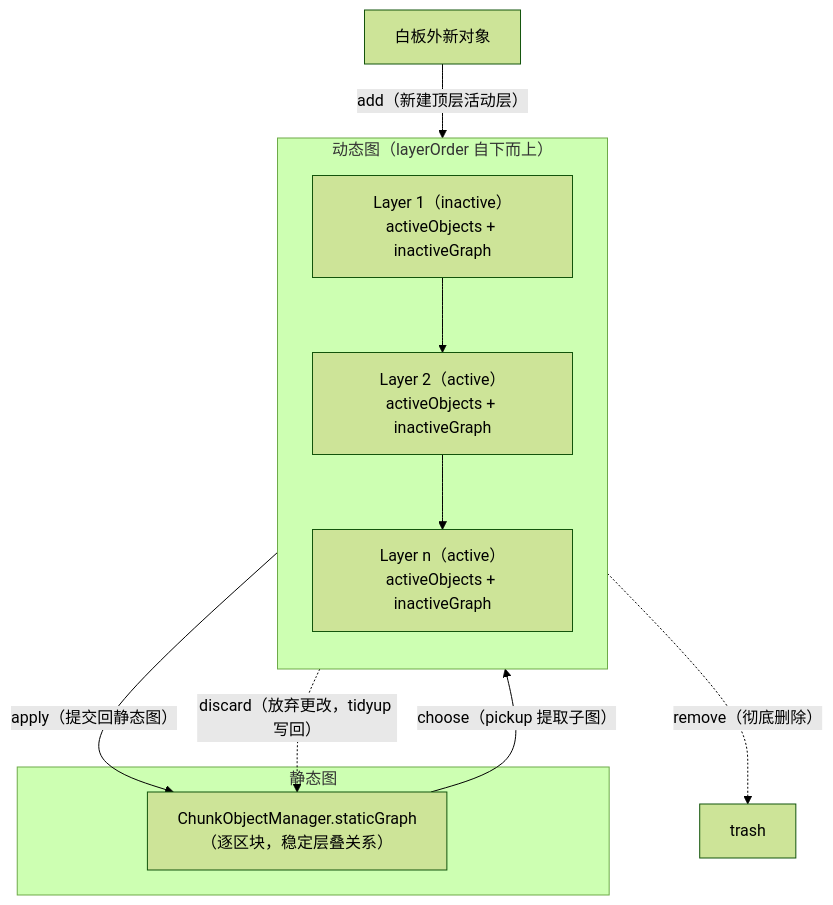
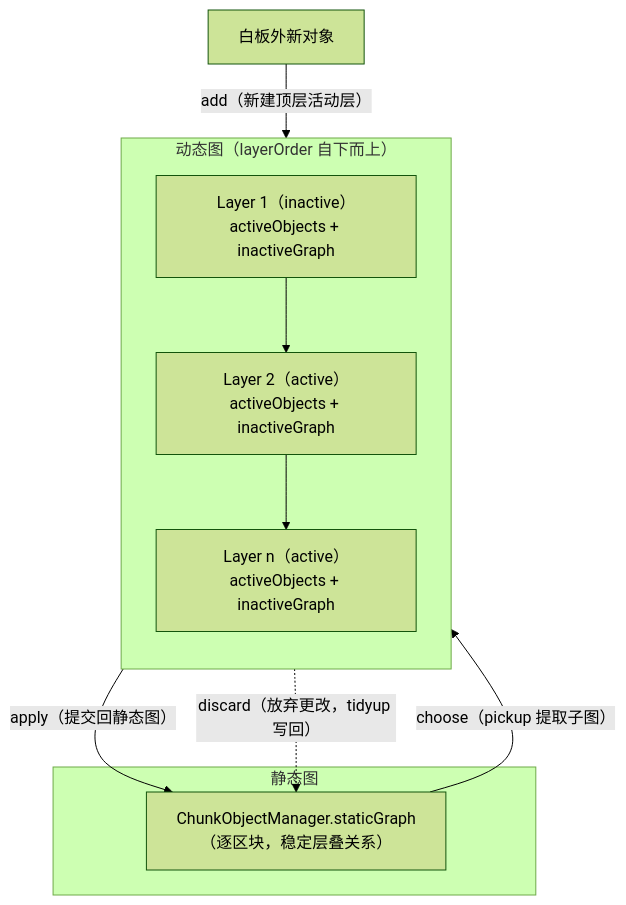
The diagram in src/kernel/board/docs/active-object-manager-document.md (Frank-Steven/HoundWhiteboard), drawn with Mermaid (forest theme) before and after one commit. The commit also changed other lines of this file and 40 other files, not shown here.

````diff
--- a/src/kernel/board/docs/active-object-manager-document.md
+++ b/src/kernel/board/docs/active-object-manager-document.md
@@ -156,16 +153,15 @@
 ```mermaid
 flowchart TB
     NEW["白板外新对象"] -->|"add（新建顶层活动层）"| L3
     subgraph static["静态图"]
         S["ChunkObjectManager.staticGraph<br/>（逐区块，稳定层叠关系）"]
     end
     subgraph dynamic["动态图（layerOrder 自下而上）"]
         direction TB
         L1["Layer 1（inactive）<br/>activeObjects + inactiveGraph"] --> L2["Layer 2（active）<br/>activeObjects + inactiveGraph"]
         L2 --> L3["Layer n（active）<br/>activeObjects + inactiveGraph"]
     end
     S -->|"choose（pickup 提取子图）"| L2
     L2 -->|"apply（提交回静态图）"| S
     L1 -.->|"discard（放弃更改，tidyup 写回）"| S
-    L2 -.->|"remove（彻底删除）"| T["trash"]
 ```
````
